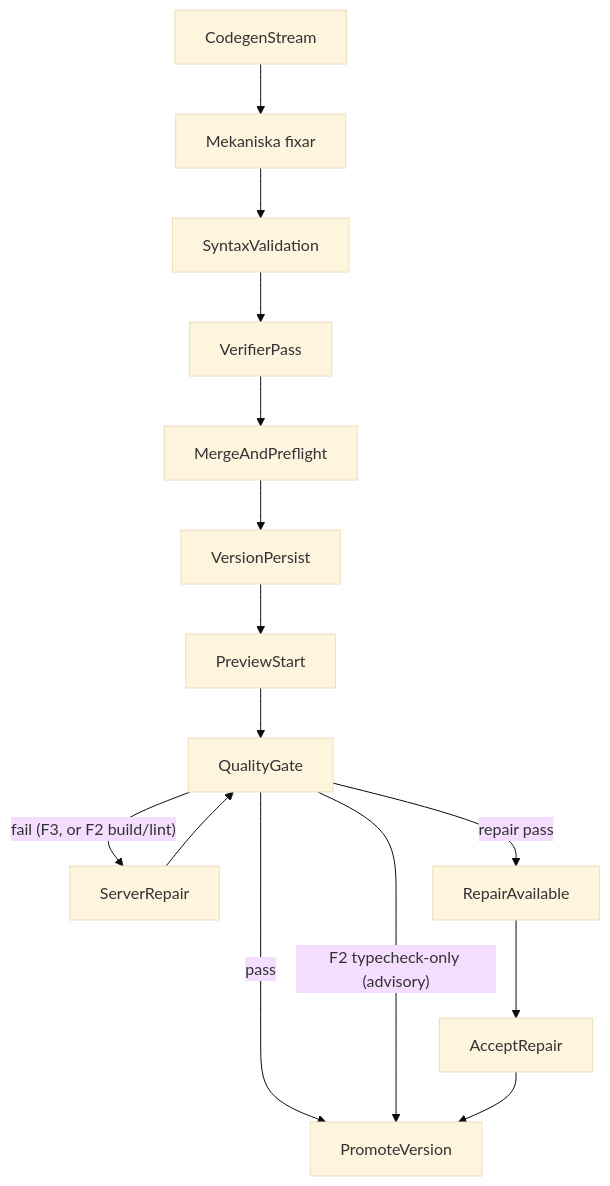
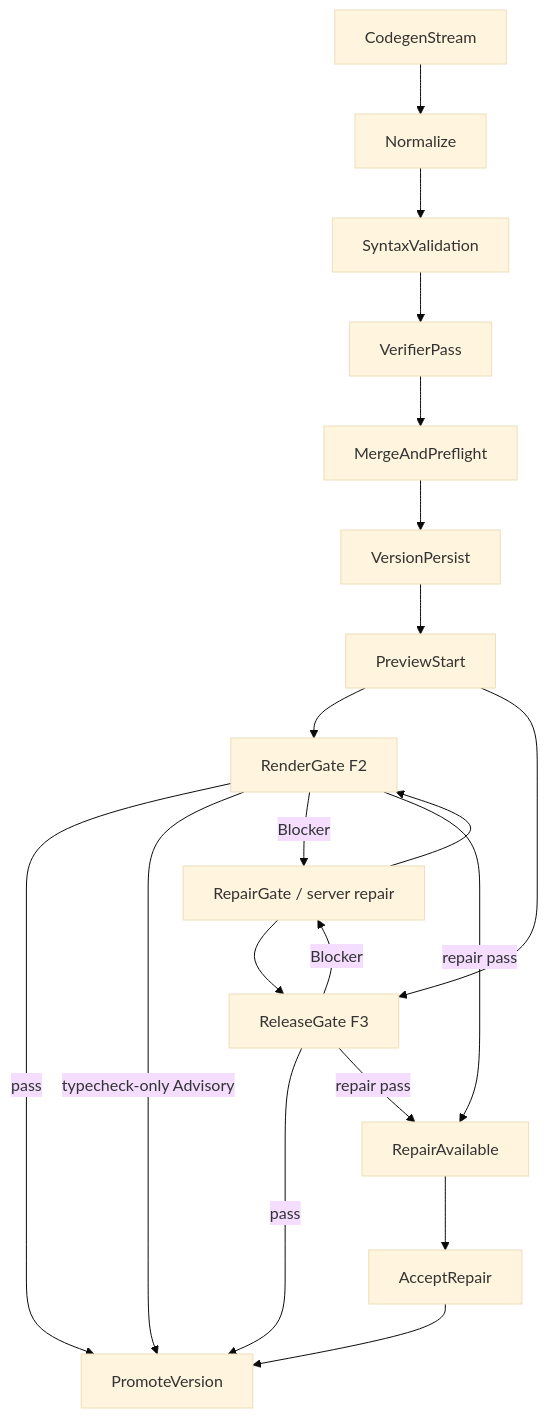
The diagram in docs/schemas/quality-gate.md (Jakeminator123/sajtmaskin), drawn with Mermaid (base theme) before and after one commit. The commit also changed other lines of this file and 14 other files, not shown here.

````diff
--- a/docs/schemas/quality-gate.md
+++ b/docs/schemas/quality-gate.md
@@ -440,17 +449,22 @@
 ```mermaid
 flowchart TD
-    codegen[CodegenStream] --> mechfix["Mekaniska fixar"]
-    mechfix --> syntax[SyntaxValidation]
+    codegen[CodegenStream] --> normalize[Normalize]
+    normalize --> syntax[SyntaxValidation]
     syntax --> verifier[VerifierPass]
     verifier --> preflight[MergeAndPreflight]
     preflight --> persist[VersionPersist]
     persist --> preview[PreviewStart]
-    preview --> qualityGate[QualityGate]
-    qualityGate -->|pass| promoted[PromoteVersion]
-    qualityGate -->|"F2 typecheck-only (advisory)"| promoted
-    qualityGate -->|"fail (F3, or F2 build/lint)"| repair[ServerRepair]
-    repair --> qualityGate
-    qualityGate -->|repair pass| repairAvailable[RepairAvailable]
+    preview --> renderGate[RenderGate F2]
+    preview --> releaseGate[ReleaseGate F3]
+    renderGate -->|pass| promoted[PromoteVersion]
+    renderGate -->|"typecheck-only Advisory"| promoted
+    renderGate -->|Blocker| repair[RepairGate / server repair]
+    releaseGate -->|pass| promoted
+    releaseGate -->|Blocker| repair
+    repair --> renderGate
+    repair --> releaseGate
+    renderGate -->|repair pass| repairAvailable[RepairAvailable]
+    releaseGate -->|repair pass| repairAvailable
     repairAvailable --> acceptRepair[AcceptRepair]
     acceptRepair --> promoted
 ```
````
